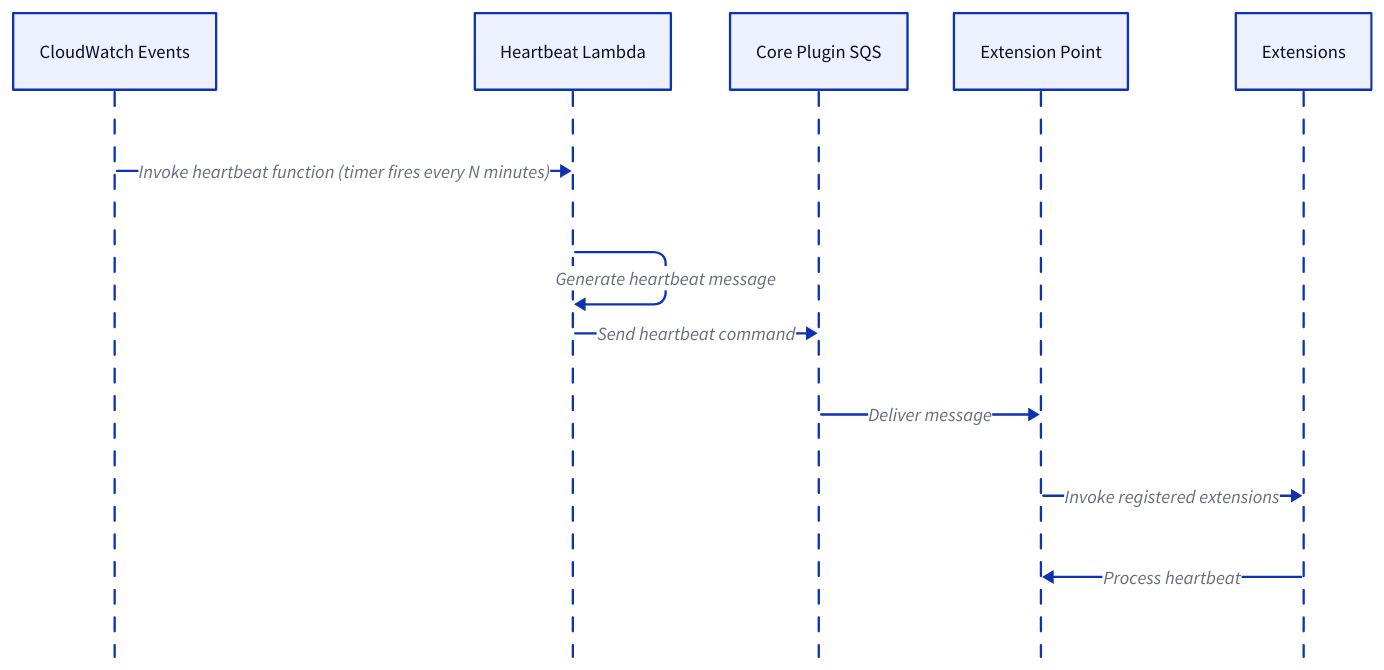
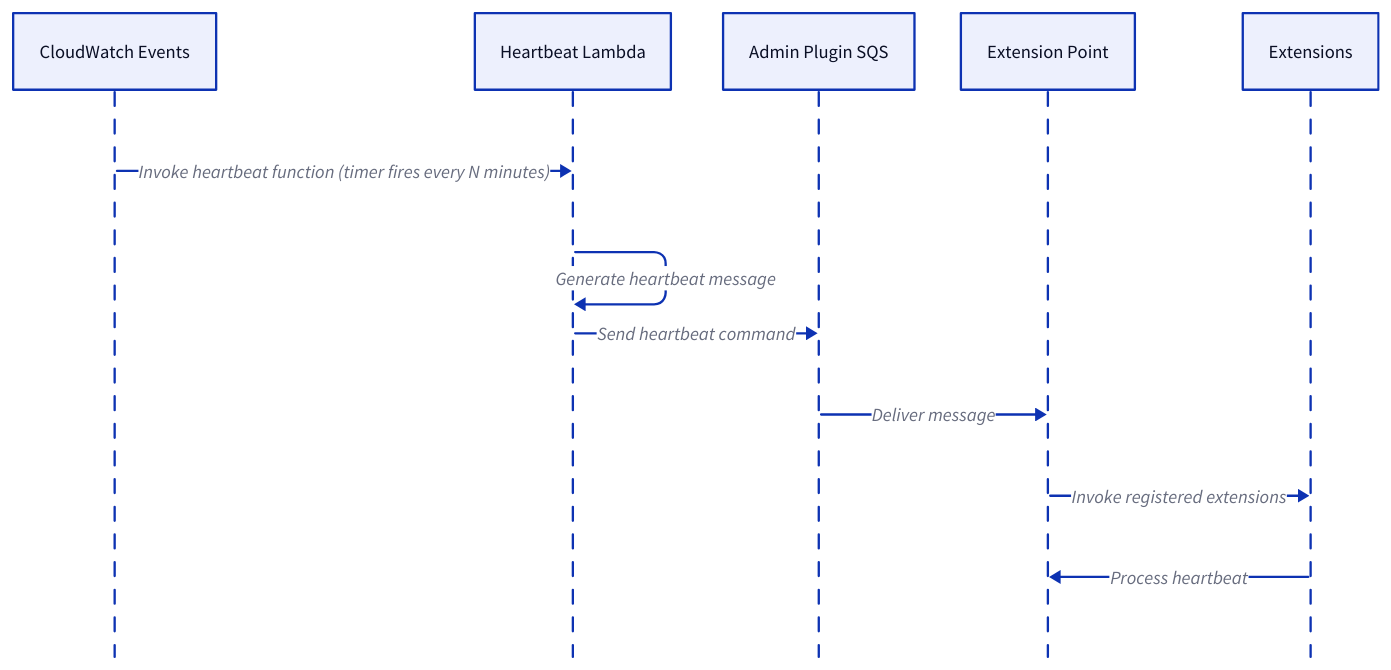
The second of 3 diagrams in packages/doc/docs-app/components/heartbeat.md (ReventlessDev/reventless-core), drawn with D2 before and after one commit. The commit also changed other lines of this file and 92 other files, not shown here.

````diff
--- a/packages/doc/docs-app/components/heartbeat.md
+++ b/packages/doc/docs-app/components/heartbeat.md
@@ -71,16 +71,16 @@
 ```d2
 shape: sequence_diagram
 
 CW: CloudWatch Events { class: aws-service }
 Lambda: Heartbeat Lambda { class: aws-service }
-SQS: Core Plugin SQS { class: aws-service }
+SQS: Admin Plugin SQS { class: aws-service }
 EP: Extension Point { class: extension-point }
 Ext: Extensions { class: extension }
 
 CW -> Lambda: "Invoke heartbeat function (timer fires every N minutes)"
 Lambda -> Lambda: Generate heartbeat message
 Lambda -> SQS: Send heartbeat command
 SQS -> EP: Deliver message
 EP -> Ext: Invoke registered extensions
 Ext --> EP: Process heartbeat
 ```
````
